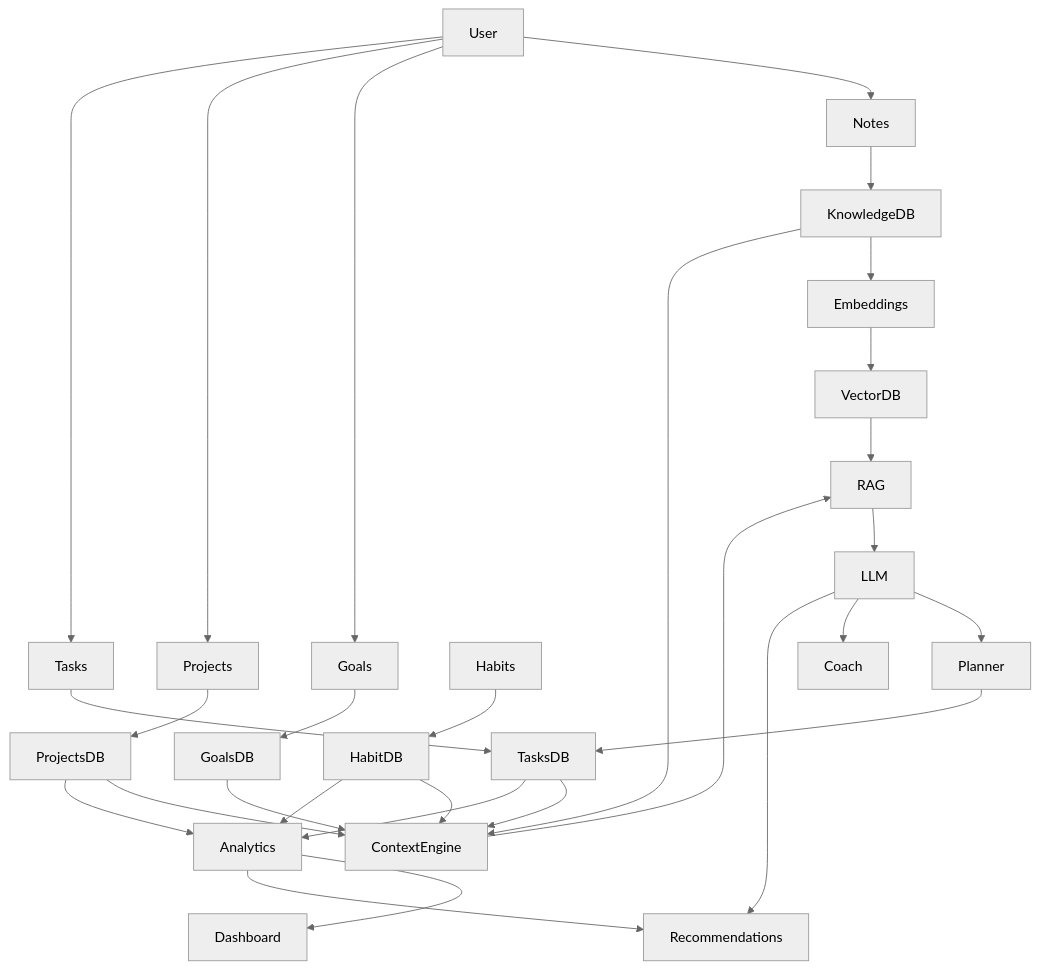
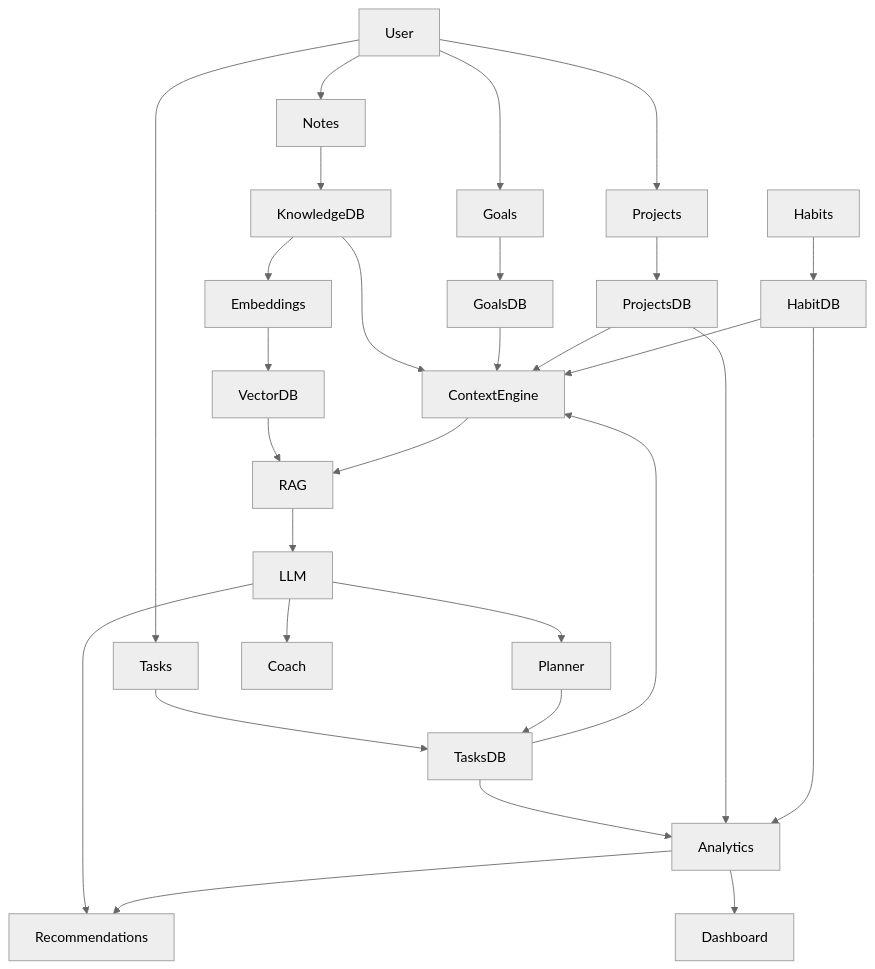
Before and after one commit to ArlagaddaMourya/habit_tracker: diagram 12 of 19 in README.md, drawn with Mermaid (neutral theme). The commit also changed other lines of this file, not shown here.

Commit message:
updated the mermaid diagram

````diff
--- a/README.md
+++ b/README.md
@@ -447,42 +447,41 @@
 ```mermaid
 flowchart TB
 
-User --> Notes
 User --> Goals
 User --> Projects
 User --> Tasks
+User --> Notes
 
-Notes --> KnowledgeDB
 Goals --> GoalsDB
 Projects --> ProjectsDB
+Habits --> HabitDB
 Tasks --> TasksDB
-Habits --> HabitDB
+Notes --> KnowledgeDB
 
 KnowledgeDB --> Embeddings
 Embeddings --> VectorDB
 
+KnowledgeDB --> ContextEngine
 GoalsDB --> ContextEngine
 ProjectsDB --> ContextEngine
 TasksDB --> ContextEngine
 HabitDB --> ContextEngine
-KnowledgeDB --> ContextEngine
-
-ContextEngine --> RAG
 
 VectorDB --> RAG
+ContextEngine --> RAG
 
 RAG --> LLM
 
 LLM --> Planner
 LLM --> Coach
 LLM --> Recommendations
 
 Planner --> TasksDB
 
 TasksDB --> Analytics
+ProjectsDB --> Analytics
 HabitDB --> Analytics
-ProjectsDB --> Analytics
 
 Analytics --> Dashboard
 Analytics --> Recommendations
 ```
````
